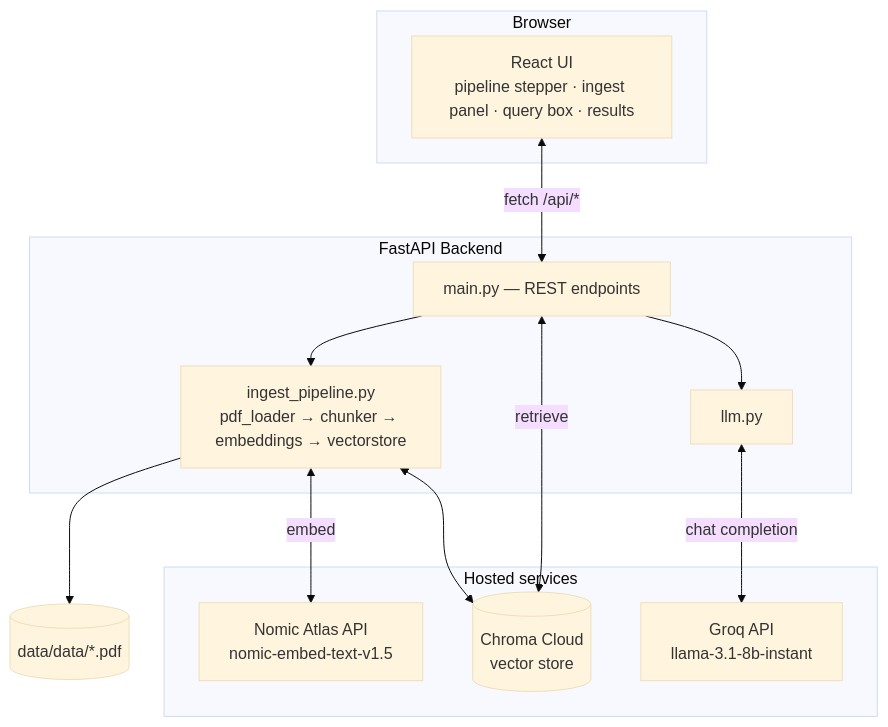
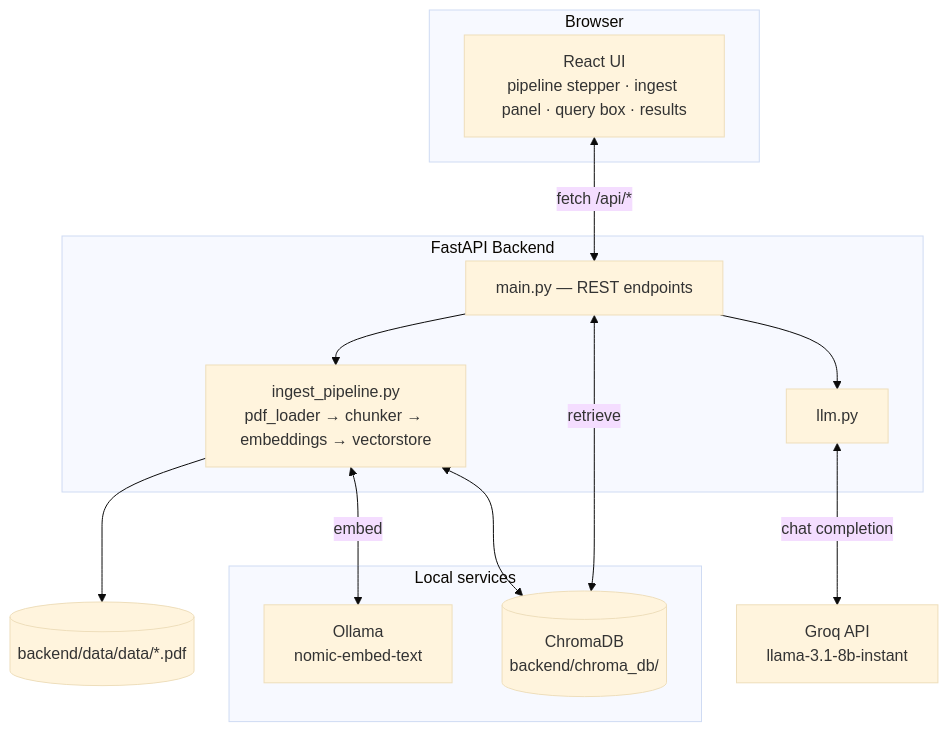
Before and after one commit to nitingawali27/rag-knowledge-explorer: the first of 3 diagrams in README.md, drawn with Mermaid (base theme). The commit also changed other lines of this file and 14 other files, not shown here.

First line of the commit message:
Revert backend to local Ollama + local ChromaDB, drop Vercel deployment

````diff
--- a/README.md
+++ b/README.md
@@ -44,28 +43,29 @@
 ```mermaid
 flowchart TB
     subgraph Browser["Browser"]
         UI["React UI<br/>pipeline stepper · ingest panel · query box · results"]
     end
 
     subgraph Backend["FastAPI Backend"]
         API["main.py — REST endpoints"]
         PIPE["ingest_pipeline.py<br/>pdf_loader → chunker → embeddings → vectorstore"]
         LLM["llm.py"]
     end
 
-    subgraph Cloud["Hosted services"]
-        NOMIC["Nomic Atlas API<br/>nomic-embed-text-v1.5"]
-        CHROMA[("Chroma Cloud<br/>vector store")]
-        GROQ["Groq API<br/>llama-3.1-8b-instant"]
+    subgraph Local["Local services"]
+        OLLAMA["Ollama<br/>nomic-embed-text"]
+        CHROMA[("ChromaDB<br/>backend/chroma_db/")]
     end
 
-    PDFS[("data/data/*.pdf")]
+    GROQ["Groq API<br/>llama-3.1-8b-instant"]
+
+    PDFS[("backend/data/data/*.pdf")]
 
     UI <-->|fetch /api/*| API
     API --> PIPE
     PIPE --> PDFS
-    PIPE <-->|embed| NOMIC
+    PIPE <-->|embed| OLLAMA
     PIPE <--> CHROMA
     API <-->|retrieve| CHROMA
     API --> LLM <-->|chat completion| GROQ
 ```
````
